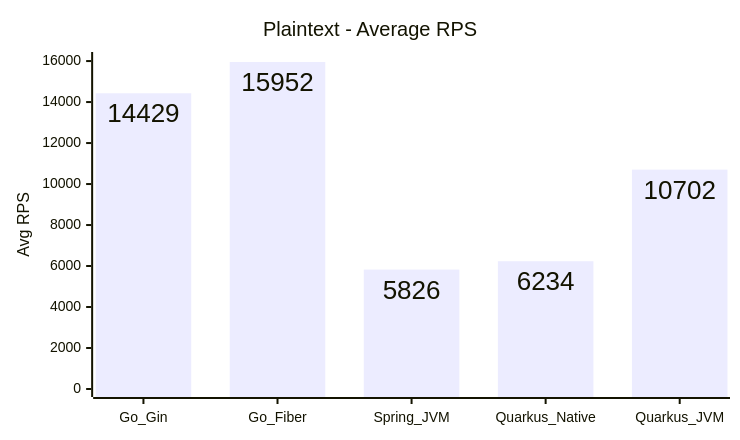
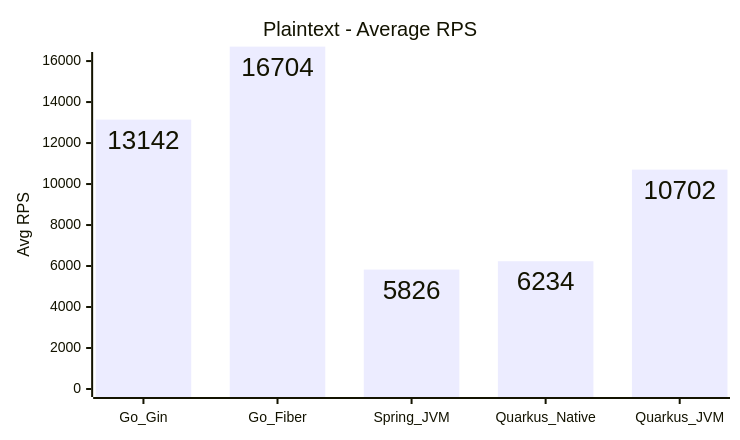
Before and after one commit to hiiamtin/go-vs-java: diagram 13 of 15 in COMPARISON_REPORT.md, drawn with Mermaid. The commit also changed other lines of this file and 58 other files, not shown here.

````diff
--- a/COMPARISON_REPORT.md
+++ b/COMPARISON_REPORT.md
@@ -234,14 +234,14 @@
 ```mermaid
 ---
 config:
   xyChart:
     width: 720
     height: 420
     showDataLabel: true
 ---
 xychart
     title "Plaintext - Average RPS"
     x-axis [Go_Gin, Go_Fiber, Spring_JVM, Quarkus_Native, Quarkus_JVM]
     y-axis "Avg RPS" 0 --> 16052
-    bar [14429, 15952, 5826, 6234, 10702]
+    bar [13142, 16704, 5826, 6234, 10702]
 ```
````
